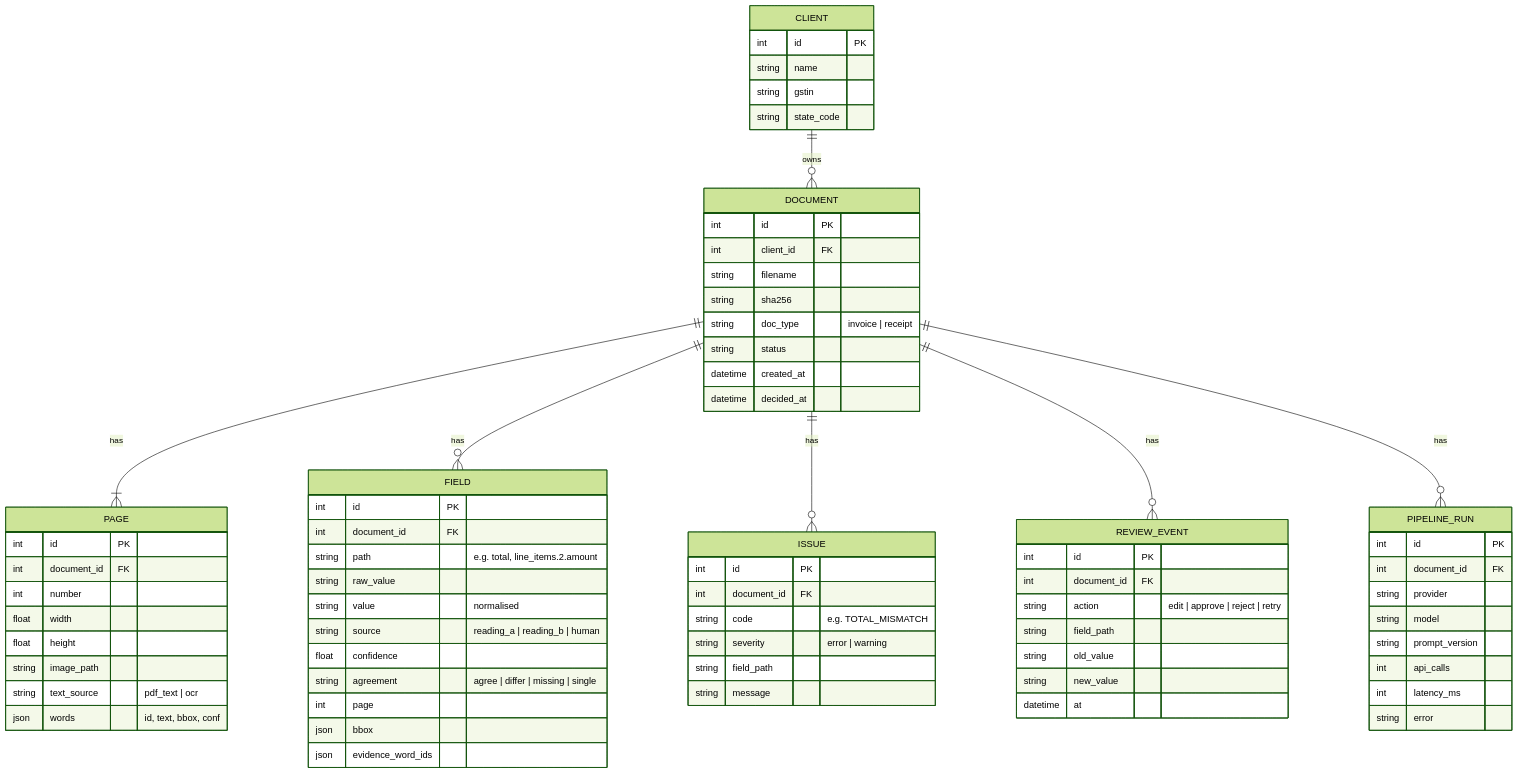
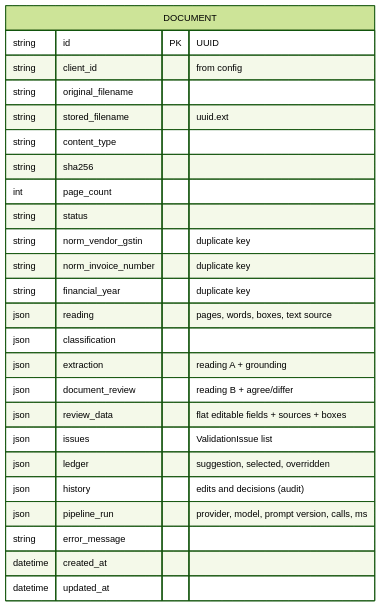
One commit to indiragothi/invoice-review changed the seventh of 7 diagrams in docs/architecture.md. Above: the diagram before and after it, drawn with Mermaid (forest theme). The commit also changed other lines of this file and 14 other files, not shown here.

````diff
--- a/docs/architecture.md
+++ b/docs/architecture.md
@@ -179,76 +207,28 @@
 ```mermaid
 erDiagram
-    CLIENT ||--o{ DOCUMENT : owns
-    DOCUMENT ||--|{ PAGE : has
-    DOCUMENT ||--o{ FIELD : has
-    DOCUMENT ||--o{ ISSUE : has
-    DOCUMENT ||--o{ REVIEW_EVENT : has
-    DOCUMENT ||--o{ PIPELINE_RUN : has
-
-    CLIENT {
-        int id PK
-        string name
-        string gstin
-        string state_code
-    }
     DOCUMENT {
-        int id PK
-        int client_id FK
-        string filename
+        string id PK "UUID"
+        string client_id "from config"
+        string original_filename
+        string stored_filename "uuid.ext"
+        string content_type
         string sha256
-        string doc_type "invoice | receipt"
+        int page_count
         string status
+        string norm_vendor_gstin "duplicate key"
+        string norm_invoice_number "duplicate key"
+        string financial_year "duplicate key"
+        json reading "pages, words, boxes, text source"
+        json classification
+        json extraction "reading A + grounding"
+        json document_review "reading B + agree/differ"
+        json review_data "flat editable fields + sources + boxes"
+        json issues "ValidationIssue list"
+        json ledger "suggestion, selected, overridden"
+        json history "edits and decisions (audit)"
+        json pipeline_run "provider, model, prompt version, calls, ms"
+        string error_message
         datetime created_at
-        datetime decided_at
-    }
-    PAGE {
-        int id PK
-        int document_id FK
-        int number
-        float width
-        float height
-        string image_path
-        string text_source "pdf_text | ocr"
-        json words "id, text, bbox, conf"
-    }
-    FIELD {
-        int id PK
-        int document_id FK
-        string path "e.g. total, line_items.2.amount"
-        string raw_value
-        string value "normalised"
-        string source "reading_a | reading_b | human"
-        float confidence
-        string agreement "agree | differ | missing | single"
-        int page
-        json bbox
-        json evidence_word_ids
-    }
-    ISSUE {
-        int id PK
-        int document_id FK
-        string code "e.g. TOTAL_MISMATCH"
-        string severity "error | warning"
-        string field_path
-        string message
-    }
-    REVIEW_EVENT {
-        int id PK
-        int document_id FK
-        string action "edit | approve | reject | retry"
-        string field_path
-        string old_value
-        string new_value
-        datetime at
-    }
-    PIPELINE_RUN {
-        int id PK
-        int document_id FK
-        string provider
-        string model
-        string prompt_version
-        int api_calls
-        int latency_ms
-        string error
+        datetime updated_at
     }
 ```
````
